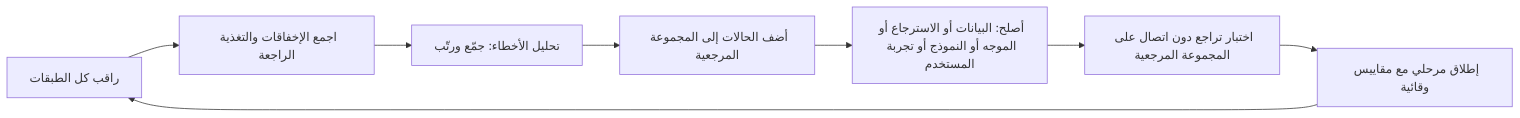
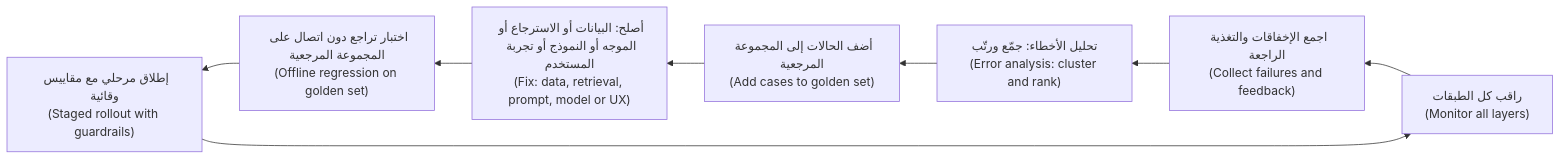
The third of 3 diagrams in aipm/modules/08-metrics.ar.md (Tamoura/system-design-for-vibe-coders), drawn with Mermaid before and after one commit. The commit also changed other lines of this file and 9 other files, not shown here.

First line of the commit message:
AI PM course (AR): right-to-left diagrams with English labels

````diff
--- a/aipm/modules/08-metrics.ar.md
+++ b/aipm/modules/08-metrics.ar.md
@@ -518,10 +518,10 @@
 ```mermaid
-flowchart LR
-    M["راقب كل الطبقات"] --> C["اجمع الإخفاقات والتغذية الراجعة"]
-    C --> A["تحليل الأخطاء: جمّع ورتّب"]
-    A --> G["أضف الحالات إلى المجموعة المرجعية"]
-    G --> F["أصلح: البيانات أو الاسترجاع أو الموجه أو النموذج أو تجربة المستخدم"]
-    F --> R["اختبار تراجع دون اتصال على المجموعة المرجعية"]
-    R --> S["إطلاق مرحلي مع مقاييس وقائية"]
+flowchart RL
+    M["راقب كل الطبقات<br/>(Monitor all layers)"] --> C["اجمع الإخفاقات والتغذية الراجعة<br/>(Collect failures and feedback)"]
+    C --> A["تحليل الأخطاء: جمّع ورتّب<br/>(Error analysis: cluster and rank)"]
+    A --> G["أضف الحالات إلى المجموعة المرجعية<br/>(Add cases to golden set)"]
+    G --> F["أصلح: البيانات أو الاسترجاع أو الموجه أو النموذج أو تجربة المستخدم<br/>(Fix: data, retrieval, prompt, model or UX)"]
+    F --> R["اختبار تراجع دون اتصال على المجموعة المرجعية<br/>(Offline regression on golden set)"]
+    R --> S["إطلاق مرحلي مع مقاييس وقائية<br/>(Staged rollout with guardrails)"]
     S --> M
 ```
````
